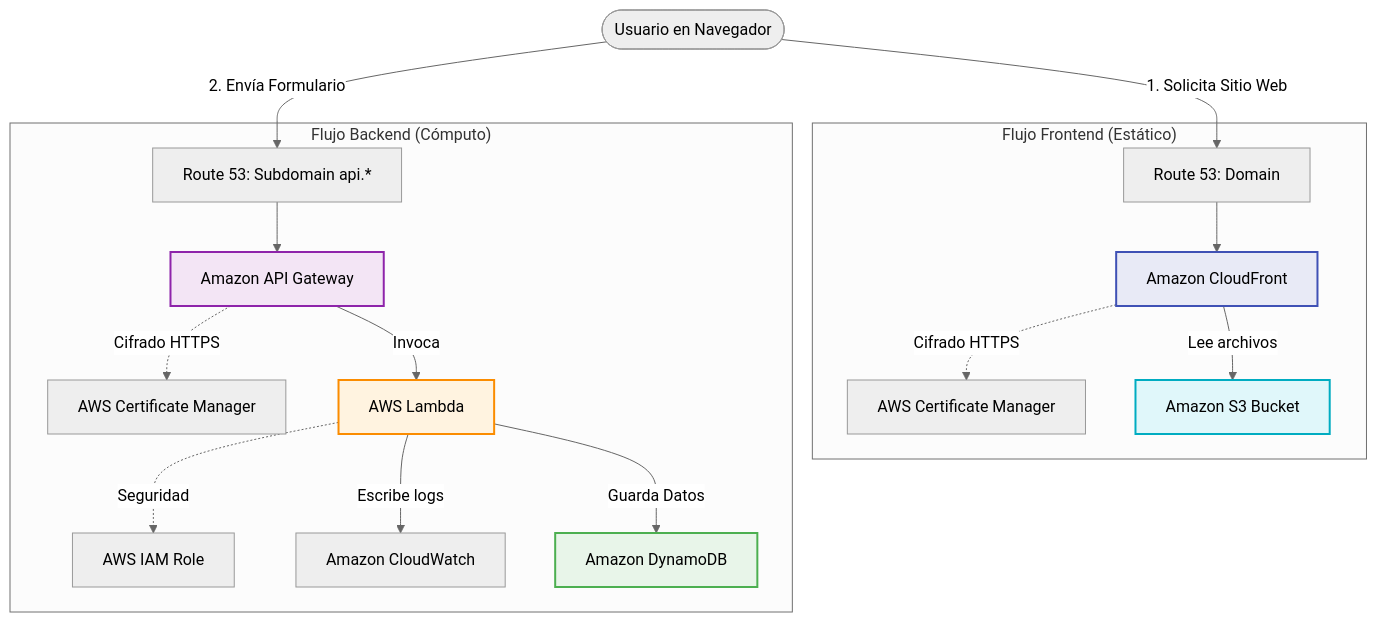
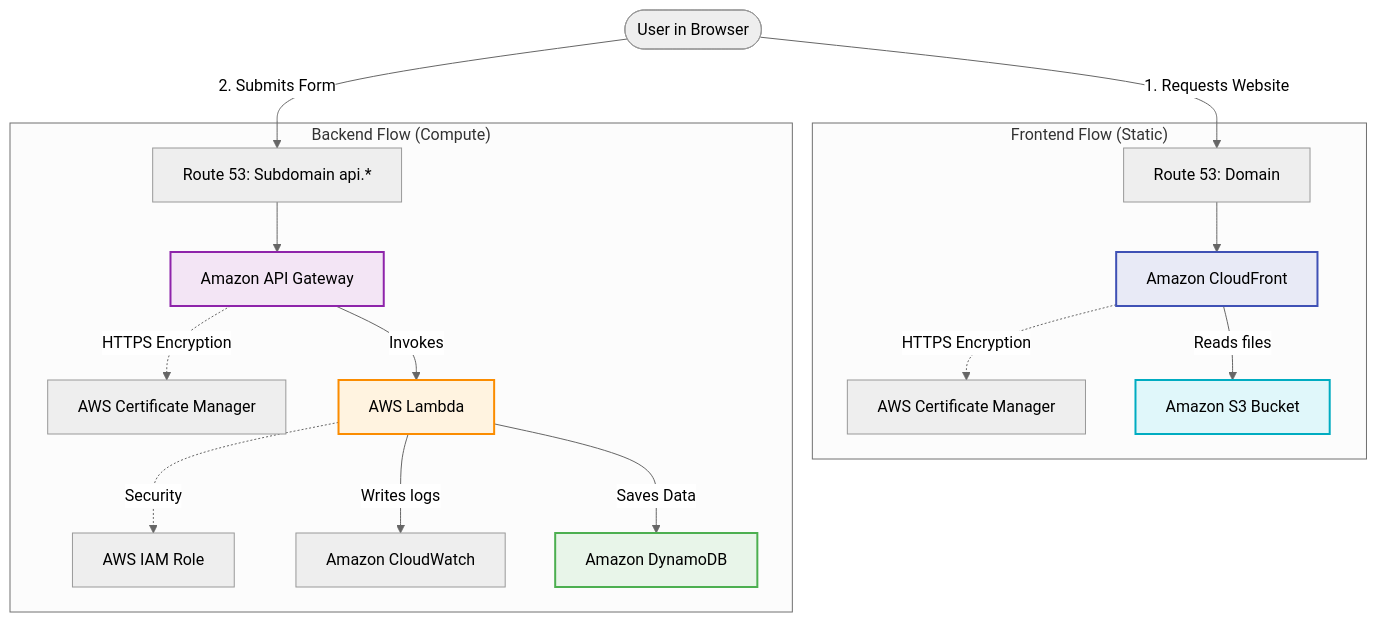
The diagram in docs/infra/README.md (Beep1608/cleanmybelly), drawn with Mermaid (neutral theme) before and after one commit. The commit also changed other lines of this file and 5 other files, not shown here.

````diff
--- a/docs/infra/README.md
+++ b/docs/infra/README.md
@@ -23,26 +23,26 @@
 ```mermaid
 graph TD
-    User([Usuario en Navegador]) -->|1. Solicita Sitio Web| DNS_Front[Route 53: Domain]
-    User -->|2. Envía Formulario| DNS_Back[Route 53: Subdomain api.*]
+    User([User in Browser]) -->|1. Requests Website| DNS_Front[Route 53: Domain]
+    User -->|2. Submits Form| DNS_Back[Route 53: Subdomain api.*]
 
-    subgraph "Flujo Frontend (Estático)"
+    subgraph "Frontend Flow (Static)"
         DNS_Front --> CF[Amazon CloudFront]
-        CF -.->|Cifrado HTTPS| ACM_CF[AWS Certificate Manager]
-        CF -->|Lee archivos| S3[Amazon S3 Bucket]
+        CF -.->|HTTPS Encryption| ACM_CF[AWS Certificate Manager]
+        CF -->|Reads files| S3[Amazon S3 Bucket]
     end
 
-    subgraph "Flujo Backend (Cómputo)"
+    subgraph "Backend Flow (Compute)"
         DNS_Back --> APIGW[Amazon API Gateway]
-        APIGW -.->|Cifrado HTTPS| ACM_APIGW[AWS Certificate Manager]
-        APIGW -->|Invoca| Lambda[AWS Lambda]
-        Lambda -.->|Seguridad| IAM[AWS IAM Role]
-        Lambda -->|Escribe logs| CW[Amazon CloudWatch]
-        Lambda -->|Guarda Datos| Dynamo[Amazon DynamoDB]
+        APIGW -.->|HTTPS Encryption| ACM_APIGW[AWS Certificate Manager]
+        APIGW -->|Invokes| Lambda[AWS Lambda]
+        Lambda -.->|Security| IAM[AWS IAM Role]
+        Lambda -->|Writes logs| CW[Amazon CloudWatch]
+        Lambda -->|Saves Data| Dynamo[Amazon DynamoDB]
     end
 
     style S3 fill:#E0F7FA,stroke:#00ACC1,stroke-width:2px
     style CF fill:#E8EAF6,stroke:#3F51B5,stroke-width:2px
     style APIGW fill:#F3E5F5,stroke:#8E24AA,stroke-width:2px
     style Lambda fill:#FFF3E0,stroke:#FB8C00,stroke-width:2px
     style Dynamo fill:#E8F5E9,stroke:#4CAF50,stroke-width:2px
 ```
````
